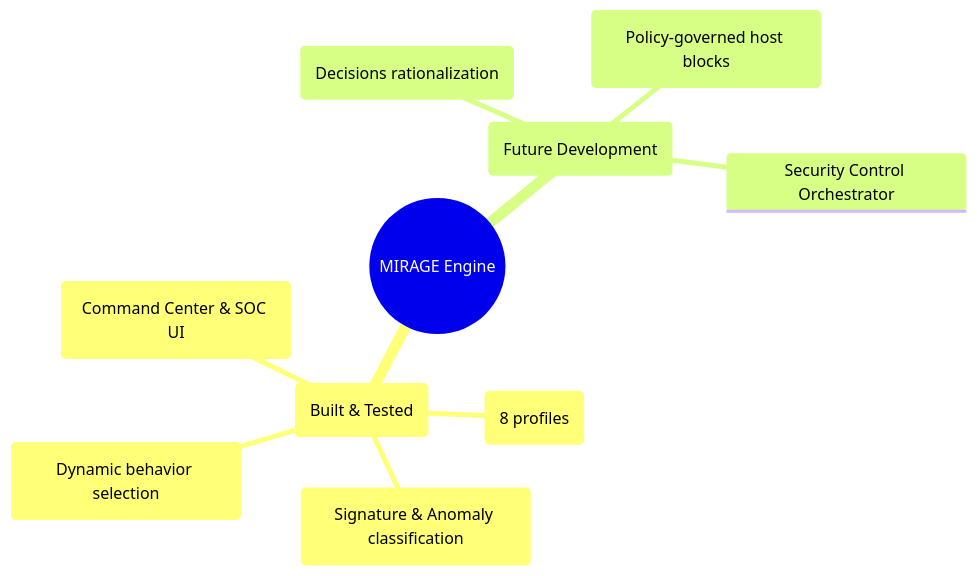
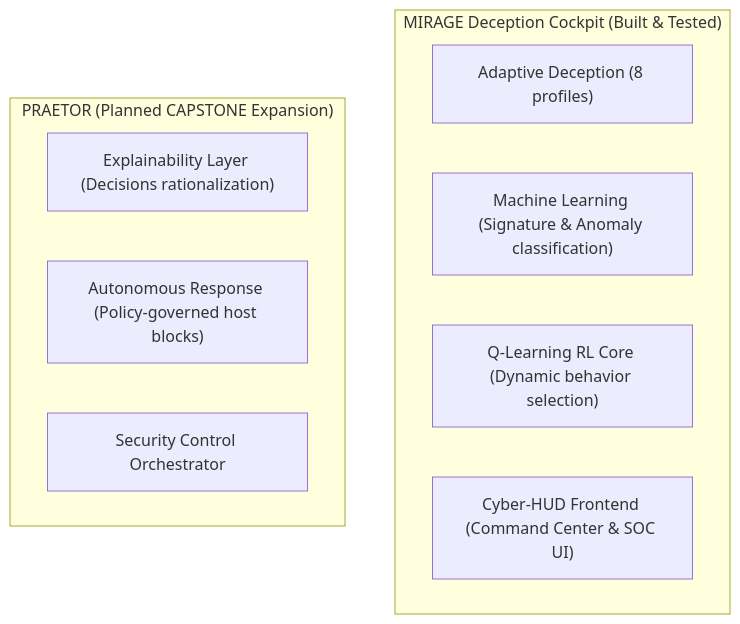
One commit to nayefsiddique-eng/Adaptive-Honeypot changed the second of 2 diagrams in README.md. Above: the diagram before and after it, drawn with Mermaid. The commit also changed other lines of this file, not shown here.

Commit message:
Update README with the 10-Second Hook, Mermaid sequence flow, capability matrices, and plain-text citation format

````diff
--- a/README.md
+++ b/README.md
@@ -202,13 +264,14 @@
 ```mermaid
-mindmap
-  root((MIRAGE Engine))
-    MIRAGE (Built & Tested)
-      Adaptive Deception (8 profiles)
-      Machine Learning (Signature & Anomaly classification)
-      Q-Learning RL Core (Dynamic behavior selection)
-      Cyber-HUD Frontend (Command Center & SOC UI)
-    PRAETOR (Future Development)
-      Explainability Layer (Decisions rationalization)
-      Autonomous Response (Policy-governed host blocks)
-      Security Control Orchestrator
+graph TD
+    subgraph MIRAGE["MIRAGE Deception Cockpit (Built & Tested)"]
+        A1["Adaptive Deception (8 profiles)"]
+        A2["Machine Learning (Signature & Anomaly classification)"]
+        A3["Q-Learning RL Core (Dynamic behavior selection)"]
+        A4["Cyber-HUD Frontend (Command Center & SOC UI)"]
+    end
+    subgraph PRAETOR["PRAETOR (Planned CAPSTONE Expansion)"]
+        B1["Explainability Layer (Decisions rationalization)"]
+        B2["Autonomous Response (Policy-governed host blocks)"]
+        B3["Security Control Orchestrator"]
+    end
 ```
````
